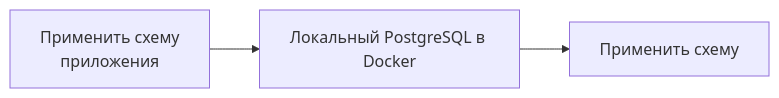
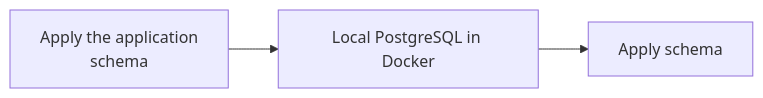
One commit to coderabbit-demo/clickhouse-demo changed the first of 2 diagrams in docs/ru/products/managed-postgres/local-development.mdx. Above: the diagram before and after it, drawn with Mermaid. The commit also changed other lines of this file and 10230 other files, not shown here.

````diff
--- a/docs/ru/products/managed-postgres/local-development.mdx
+++ b/docs/ru/products/managed-postgres/local-development.mdx
@@ -29,4 +29,4 @@
 ```mermaid
 graph LR
-    A[Применить схему<br/>приложения] --> B[Локальный PostgreSQL в Docker] --> C[Применить схему]
+    A[Apply the application<br/>schema] --> B[Local PostgreSQL in Docker] --> C[Apply schema]
 ```
````
